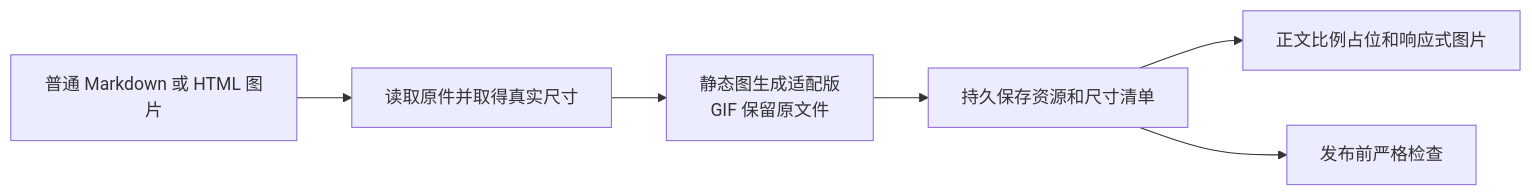
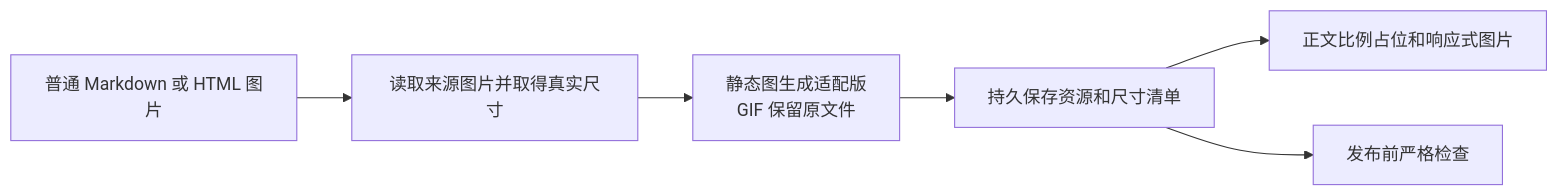
Before and after one commit to yyxTheOracle/MyBlog: the diagram in docs/images.md, drawn with Mermaid. The commit also changed other lines of this file and 1 other file, not shown here.

Commit message:
docs(blog): 补充文章配图与 ImgURL 上传流程

````diff
--- a/docs/images.md
+++ b/docs/images.md
@@ -62,8 +80,8 @@
 ```mermaid
 flowchart LR
-    A[普通 Markdown 或 HTML 图片] --> B[读取原件并取得真实尺寸]
+    A[普通 Markdown 或 HTML 图片] --> B[读取来源图片并取得真实尺寸]
     B --> C[静态图生成适配版<br/>GIF 保留原文件]
     C --> D[持久保存资源和尺寸清单]
     D --> E[正文比例占位和响应式图片]
     D --> F[发布前严格检查]
 ```
````
